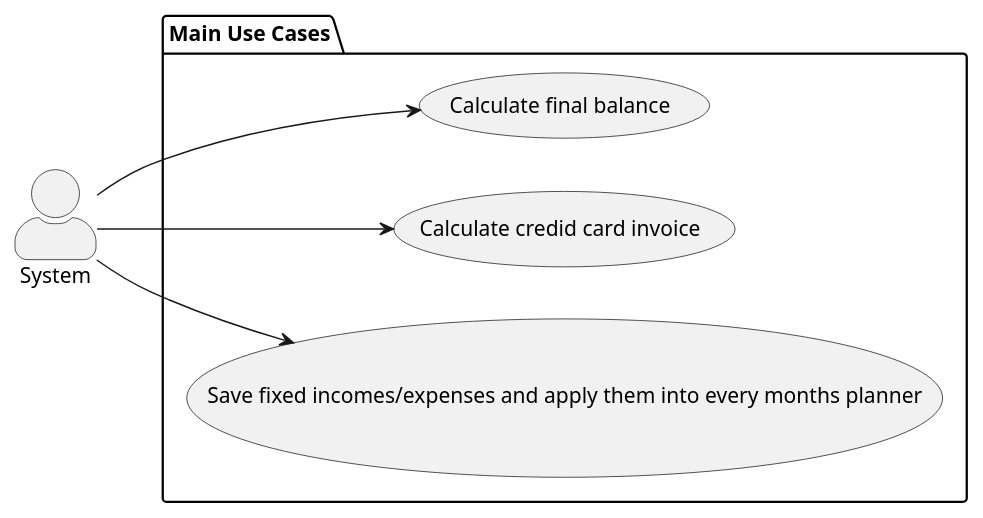
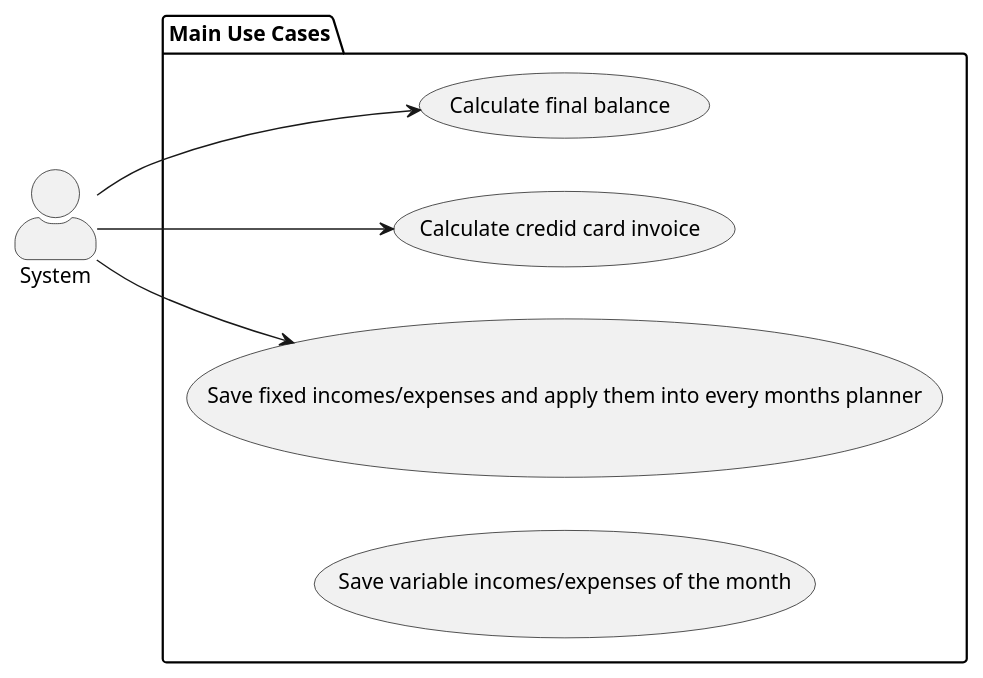
One commit to sarehicy/Planner-Financeiro changed the diagram in modelling/SystemUseCases.plantuml. Above: the diagram before and after it, drawn with PlantUML. The commit also changed 1 other file, not shown here.

```diff
--- a/modelling/SystemUseCases.plantuml
+++ b/modelling/SystemUseCases.plantuml
@@ -1,18 +1,19 @@
 @startuml System Use Cases 
 
 skinparam actorStyle awesome
 left to right direction
 
 :System: 
 
 package "Main Use Cases"{
     usecase (Calculate final balance) as UC1
     usecase (Calculate credid card invoice) as UC2
     usecase (Save fixed incomes/expenses and apply them into every months planner) as UC3
+    usecase (Save variable incomes/expenses of the month)
 }
 
 System --> UC1
 System --> UC2
 System --> UC3
 
 @enduml
```
